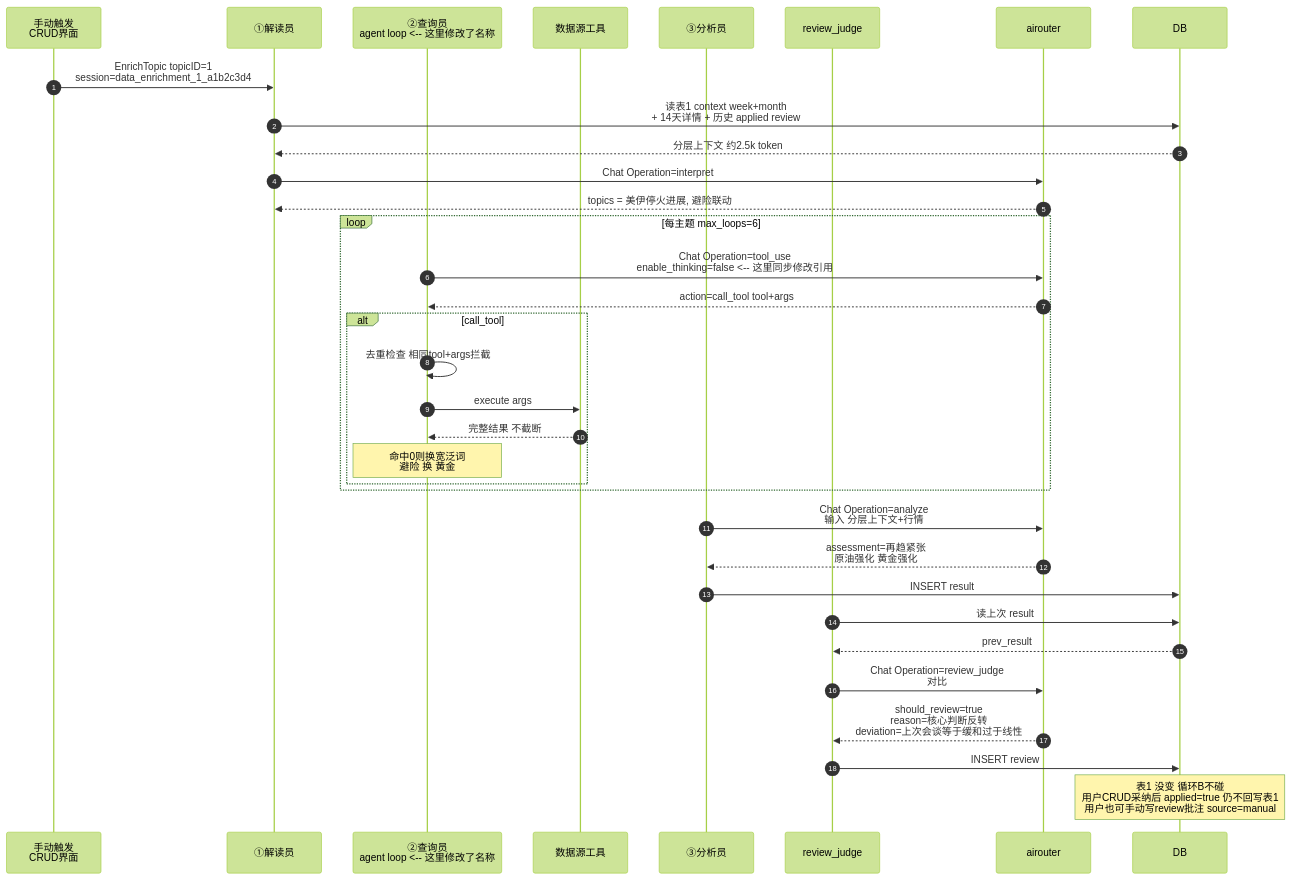
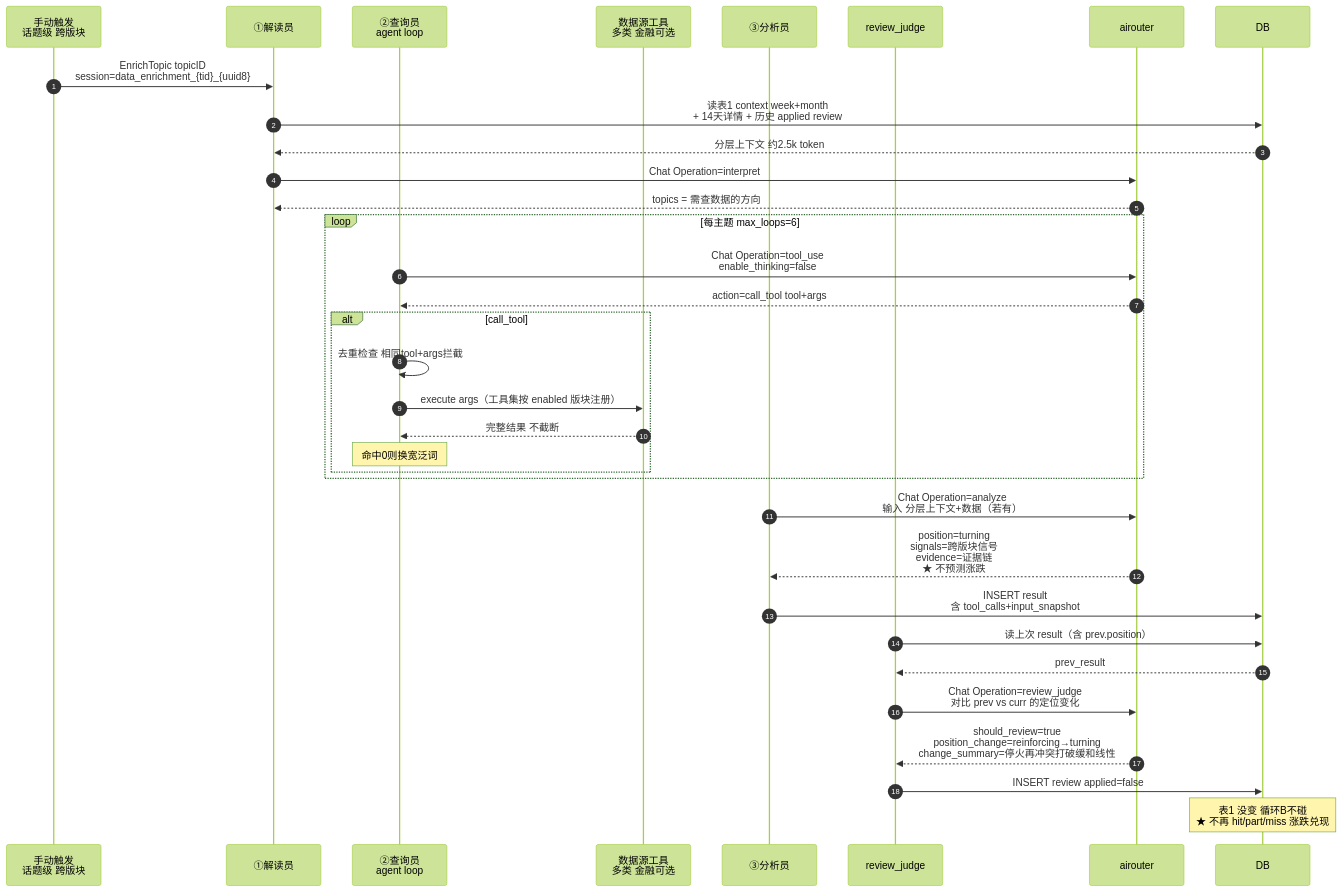
Before and after one commit to ZanebonoAlter/my-robot: the fifth of 9 diagrams in openspec/changes/data-enrichment-orchestration/overview.md, drawn with Mermaid (forest theme). The commit also changed other lines of this file and 31 other files, not shown here.

First line of the commit message:
data-enrichment: 后端演进定位重做 checkpoint（§1-10 + §11.2/11.3/11.1.2）

````diff
--- a/openspec/changes/data-enrichment-orchestration/overview.md
+++ b/openspec/changes/data-enrichment-orchestration/overview.md
@@ -135,42 +237,42 @@
 ```mermaid
 sequenceDiagram
     autonumber
-    participant Trig as 手动触发<br/>CRUD界面
+    participant Trig as 手动触发<br/>话题级 跨版块
     participant Interp as ①解读员
-    participant AgentLoop as ②查询员<br/>agent loop  <-- 这里修改了名称
-    participant Tool as 数据源工具
+    participant AgentLoop as ②查询员<br/>agent loop
+    participant Tool as 数据源工具<br/>多类 金融可选
     participant Ana as ③分析员
     participant Rev as review_judge
     participant AI as airouter
     participant DB as DB
 
-    Trig->>Interp: EnrichTopic topicID=1<br/>session=data_enrichment_1_a1b2c3d4
+    Trig->>Interp: EnrichTopic topicID<br/>session=data_enrichment_{tid}_{uuid8}
 
     Interp->>DB: 读表1 context week+month<br/>+ 14天详情 + 历史 applied review
     DB-->>Interp: 分层上下文 约2.5k token
     Interp->>AI: Chat Operation=interpret
-    AI-->>Interp: topics = 美伊停火进展, 避险联动
+    AI-->>Interp: topics = 需查数据的方向
 
     loop 每主题 max_loops=6
-        AgentLoop->>AI: Chat Operation=tool_use<br/>enable_thinking=false <-- 这里同步修改引用
+        AgentLoop->>AI: Chat Operation=tool_use<br/>enable_thinking=false
         AI-->>AgentLoop: action=call_tool tool+args
         alt call_tool
             AgentLoop->>AgentLoop: 去重检查 相同tool+args拦截
-            AgentLoop->>Tool: execute args
+            AgentLoop->>Tool: execute args（工具集按 enabled 版块注册）
             Tool-->>AgentLoop: 完整结果 不截断
-            Note over AgentLoop: 命中0则换宽泛词<br/>避险 换 黄金
+            Note over AgentLoop: 命中0则换宽泛词
         end
     end
 
-    Ana->>AI: Chat Operation=analyze<br/>输入 分层上下文+行情
-    AI-->>Ana: assessment=再趋紧张<br/>原油强化 黄金强化
-    Ana->>DB: INSERT result #3<br/>含 tool_calls+input_snapshot
+    Ana->>AI: Chat Operation=analyze<br/>输入 分层上下文+数据（若有）
+    AI-->>Ana: position=turning<br/>signals=跨版块信号<br/>evidence=证据链<br/>★ 不预测涨跌
+    Ana->>DB: INSERT result<br/>含 tool_calls+input_snapshot
 
-    Rev->>DB: 读上次 result #2 07-01 缓和原油承压
+    Rev->>DB: 读上次 result（含 prev.position）
     DB-->>Rev: prev_result
-    Rev->>AI: Chat Operation=review_judge<br/>对比 #2 vs #3
-    AI-->>Rev: should_review=true<br/>reason=核心判断反转<br/>deviation=上次会谈等于缓和过于线性
-    Rev->>DB: INSERT review #2 applied=false
+    Rev->>AI: Chat Operation=review_judge<br/>对比 prev vs curr 的定位变化
+    AI-->>Rev: should_review=true<br/>position_change=reinforcing→turning<br/>change_summary=停火再冲突打破缓和线性
+    Rev->>DB: INSERT review applied=false
 
-    Note over DB: 表1 没变 循环B不碰<br/>用户CRUD采纳后 applied=true 仍不回写表1<br/>用户也可手动写review批注 source=manual
+    Note over DB: 表1 没变 循环B不碰<br/>★ 不再 hit/part/miss 涨跌兑现
 ```
````
